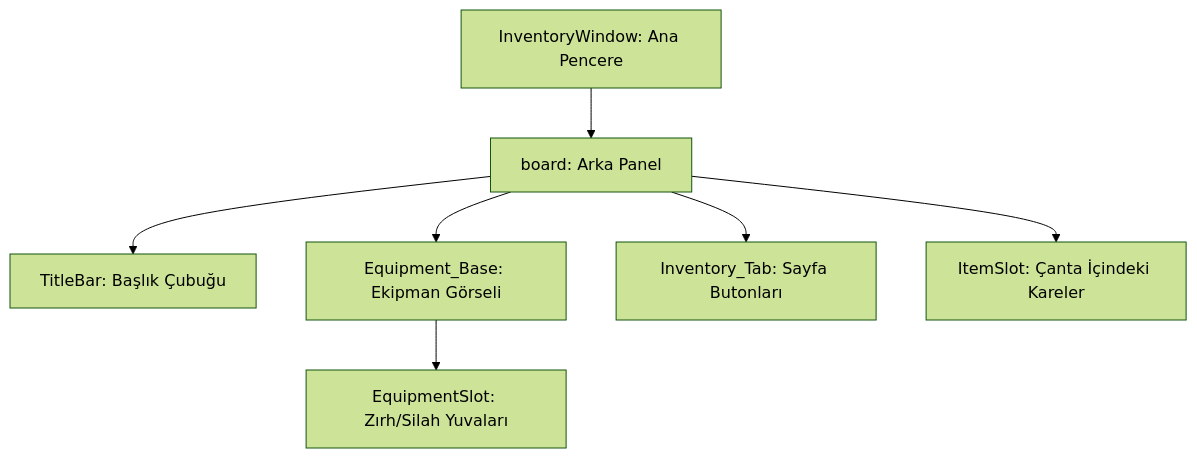
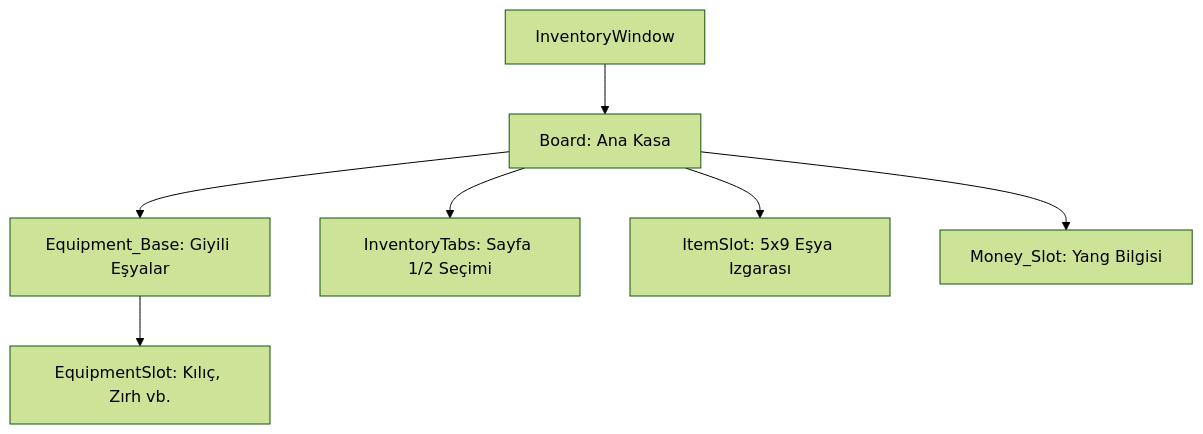
The diagram in uiscript/inventorywindow/skills.md (Engin622/Metin2-Pack-Agent-Skills), drawn with Mermaid (forest theme) before and after one commit. The commit also changed other lines of this file and 10 other files, not shown here.

````diff
--- a/uiscript/inventorywindow/skills.md
+++ b/uiscript/inventorywindow/skills.md
@@ -47,9 +34,9 @@
 ```mermaid
 graph TD
-    A[InventoryWindow: Ana Pencere] --> B[board: Arka Panel]
-    B --> C[TitleBar: Başlık Çubuğu]
-    B --> D[Equipment_Base: Ekipman Görseli]
-    D --> E[EquipmentSlot: Zırh/Silah Yuvaları]
-    B --> F[Inventory_Tab: Sayfa Butonları]
-    B --> G[ItemSlot: Çanta İçindeki Kareler]
+    A[InventoryWindow] --> B[Board: Ana Kasa]
+    B --> C[Equipment_Base: Giyili Eşyalar]
+    C --> C1[EquipmentSlot: Kılıç, Zırh vb.]
+    B --> D[InventoryTabs: Sayfa 1/2 Seçimi]
+    B --> E[ItemSlot: 5x9 Eşya Izgarası]
+    B --> F[Money_Slot: Yang Bilgisi]
 ```
````
